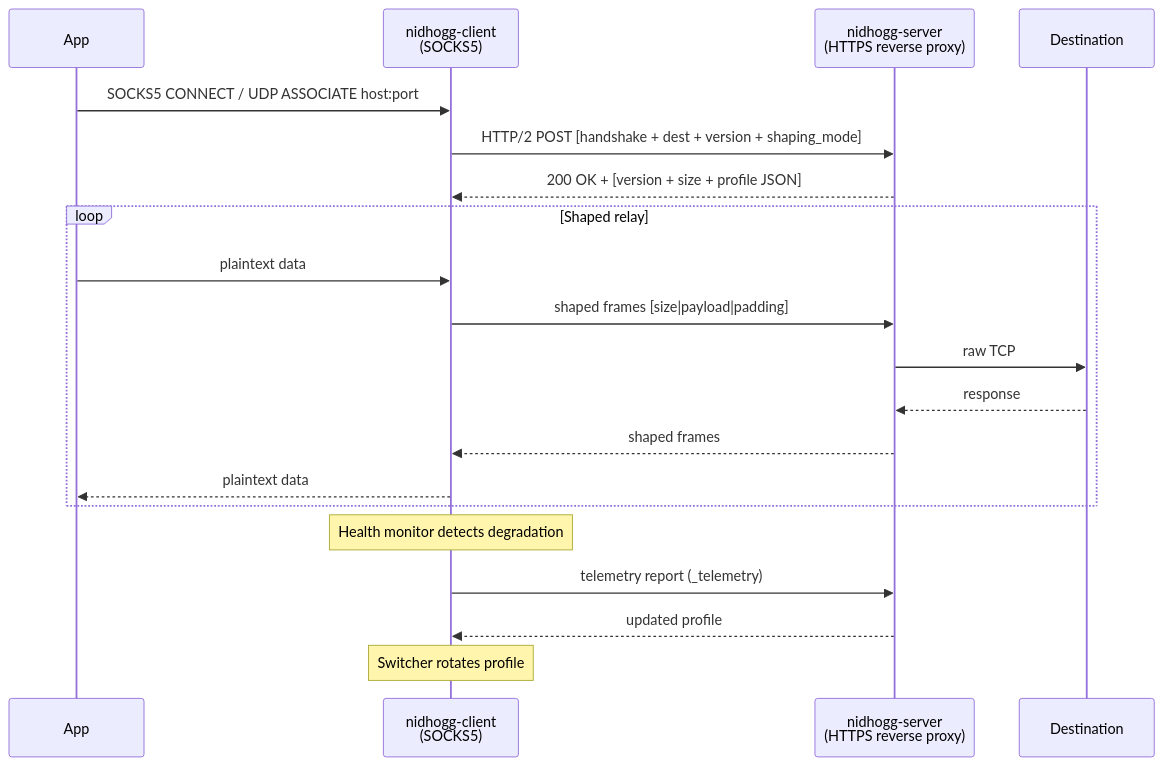
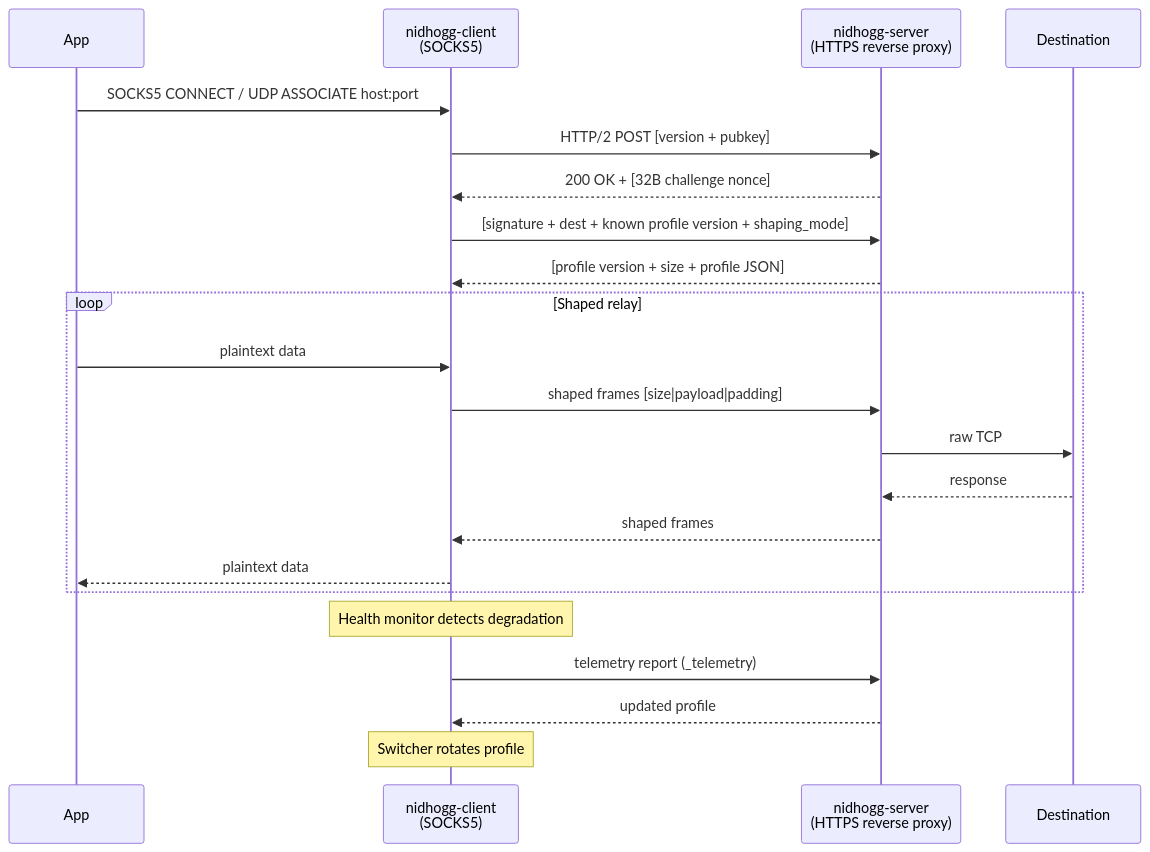
The diagram in README.md (Aesleif/Nidhogg), drawn with Mermaid before and after one commit. The commit also changed other lines of this file and 4 other files, not shown here.

````diff
--- a/README.md
+++ b/README.md
@@ -28,25 +28,27 @@
 ```mermaid
 sequenceDiagram
     participant App
     participant Client as nidhogg-client<br/>(SOCKS5)
     participant Server as nidhogg-server<br/>(HTTPS reverse proxy)
     participant Target as Destination
 
     App->>Client: SOCKS5 CONNECT / UDP ASSOCIATE host:port
-    Client->>Server: HTTP/2 POST [handshake + dest + version + shaping_mode]
-    Server-->>Client: 200 OK + [version + size + profile JSON]
+    Client->>Server: HTTP/2 POST [version + pubkey]
+    Server-->>Client: 200 OK + [32B challenge nonce]
+    Client->>Server: [signature + dest + known profile version + shaping_mode]
+    Server-->>Client: [profile version + size + profile JSON]
 
     loop Shaped relay
         App->>Client: plaintext data
         Client->>Server: shaped frames [size|payload|padding]
         Server->>Target: raw TCP
         Target-->>Server: response
         Server-->>Client: shaped frames
         Client-->>App: plaintext data
     end
 
     Note over Client: Health monitor detects degradation
     Client->>Server: telemetry report (_telemetry)
     Server-->>Client: updated profile
     Note over Client: Switcher rotates profile
 ```
````
